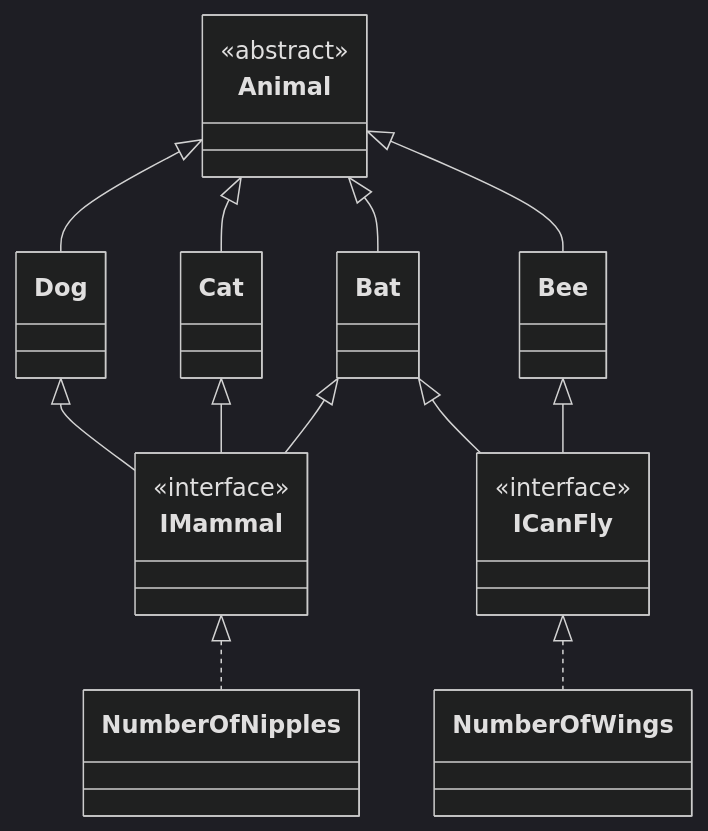
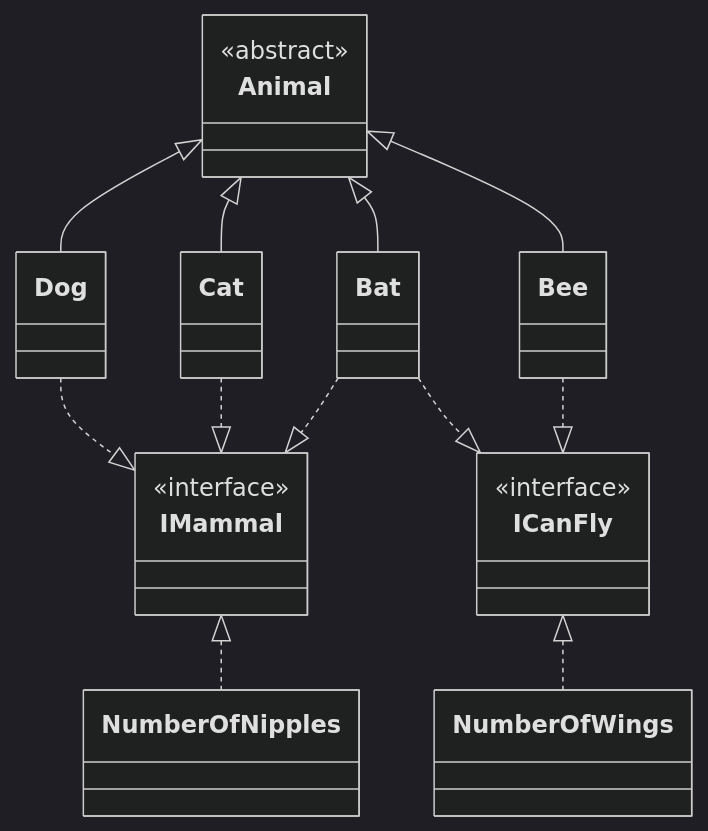
The diagram in AnimalKingdom/README.md (Sonia-Raposo/LP1Semana08), drawn with Mermaid (dark theme) before and after one commit.

Commit message:
Change in arrows pointing path

````diff
--- a/AnimalKingdom/README.md
+++ b/AnimalKingdom/README.md
@@ -3,26 +3,26 @@
 ```mermaid
 
 classDiagram
 
     class Animal
     <<abstract>> Animal
     Animal <|-- Dog
     Animal <|-- Cat
     Animal <|-- Bat
     Animal <|-- Bee
 
     class IMammal
     <<interface>> IMammal
-    Dog <|--IMammal
-    Cat <|--IMammal
-    Bat <|--IMammal
+    Dog ..|> IMammal
+    Cat ..|>IMammal
+    Bat ..|>IMammal
 
     class ICanFly
     <<interface>> ICanFly
-    Bat <|--ICanFly
-    Bee <|--ICanFly
+    Bat ..|>ICanFly
+    Bee ..|>ICanFly
 
     IMammal <|.. NumberOfNipples
     ICanFly <|.. NumberOfWings
 
 ```
````
